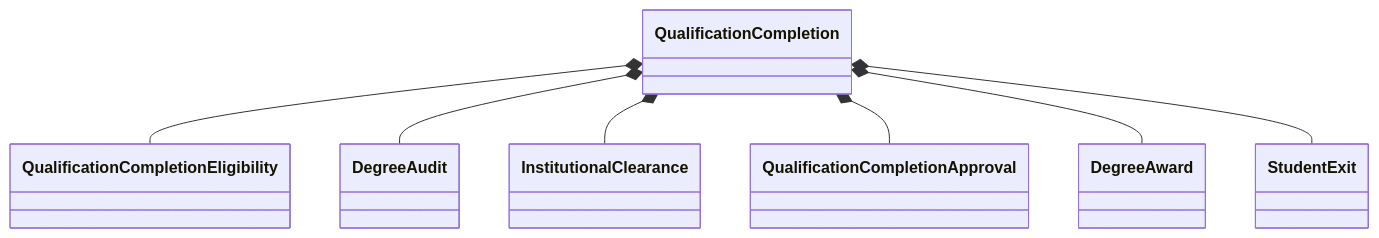
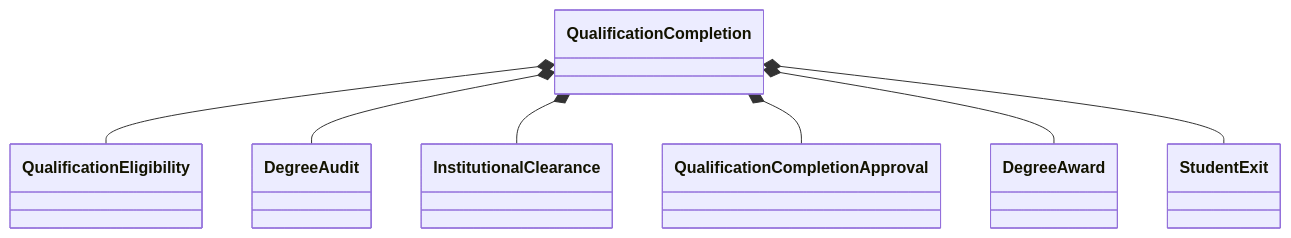
The third of 16 diagrams in architecture/L2_Domain_Workflow_Architecture/section-c/L2-C05_Qualification_Completion_and_Student_Exit_Workflows.md (Varad1604/ERP_hark), drawn with Mermaid before and after one commit. The commit also changed other lines of this file and 39 other files, not shown here.

````diff
--- a/architecture/L2_Domain_Workflow_Architecture/section-c/L2-C05_Qualification_Completion_and_Student_Exit_Workflows.md
+++ b/architecture/L2_Domain_Workflow_Architecture/section-c/L2-C05_Qualification_Completion_and_Student_Exit_Workflows.md
@@ -3334,19 +3394,19 @@
 ```mermaid
 classDiagram
 
 class Qualification Completion
 
-class Qualification CompletionEligibility
+class QualificationEligibility
 class DegreeAudit
 class InstitutionalClearance
-class Qualification CompletionApproval
+class QualificationCompletionApproval
 class DegreeAward
 class StudentExit
 
-Qualification Completion *-- Qualification CompletionEligibility
+Qualification Completion *-- QualificationEligibility
 Qualification Completion *-- DegreeAudit
 Qualification Completion *-- InstitutionalClearance
-Qualification Completion *-- Qualification CompletionApproval
+Qualification Completion *-- QualificationCompletionApproval
 Qualification Completion *-- DegreeAward
 Qualification Completion *-- StudentExit
 ```
````
